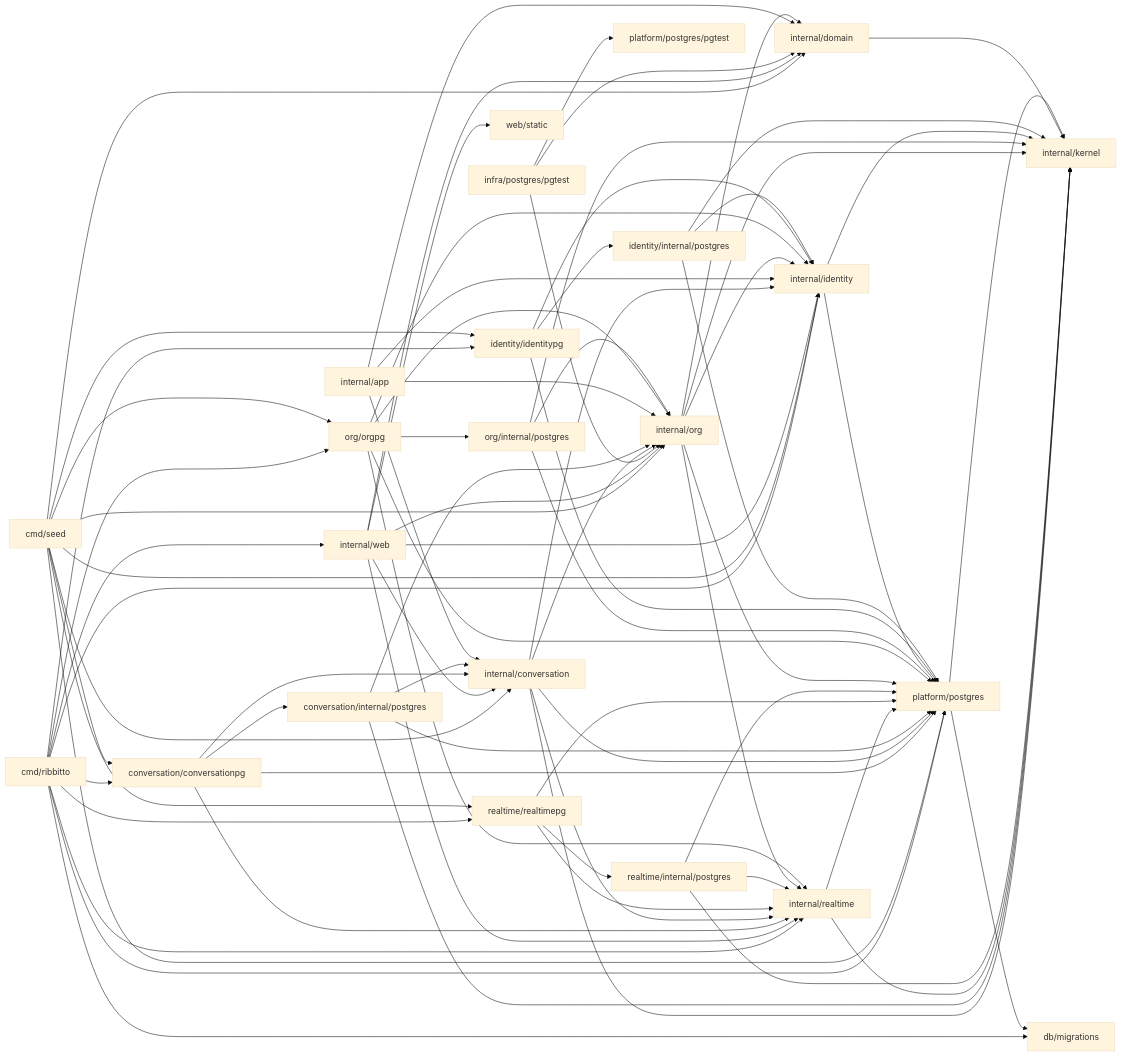
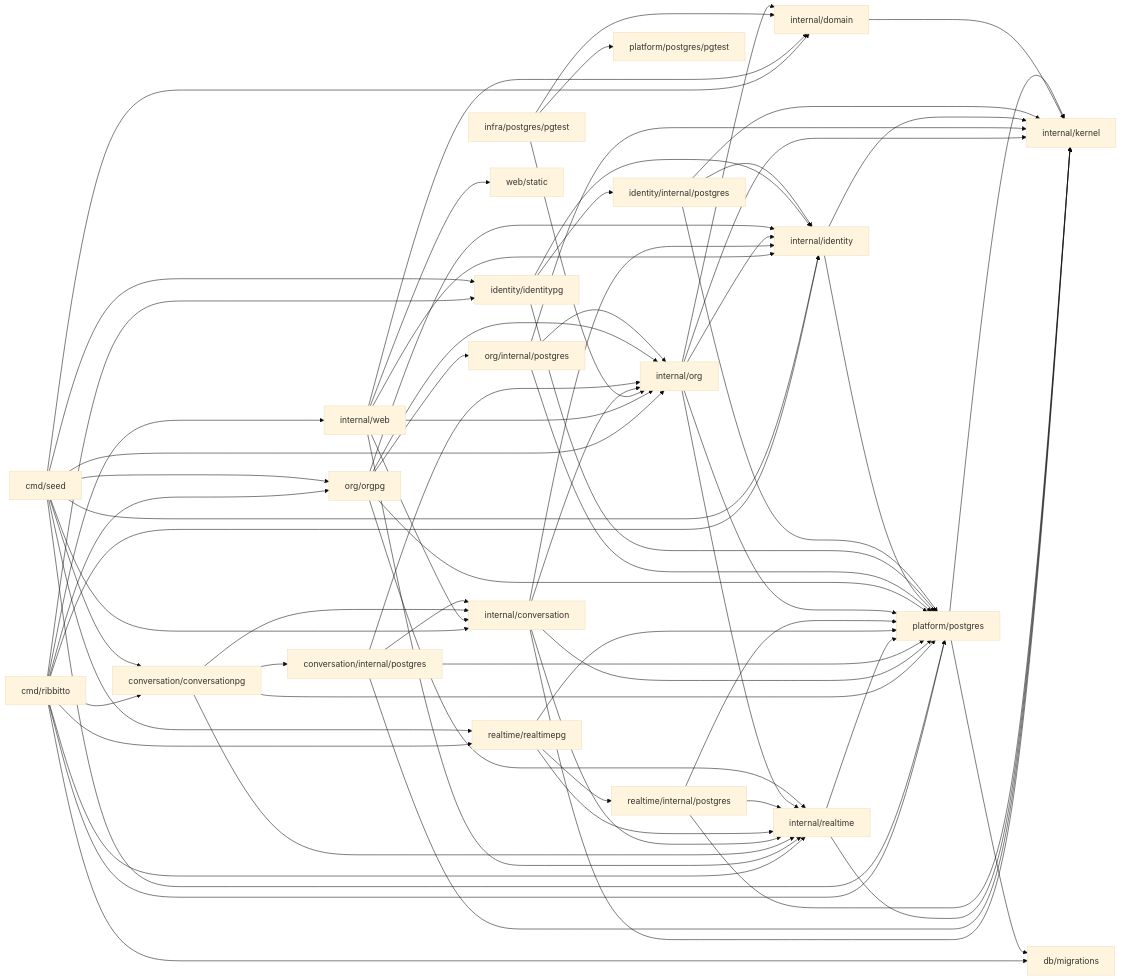
Before and after one commit to tkakkie/ribbitto: the diagram in docs/architecture/packages.md, drawn with Mermaid (base theme). The commit also changed other lines of this file and 13 other files, not shown here.

First line of the commit message:
refactor: delete internal/app and the rules that described it as a layer

````diff
--- a/docs/architecture/packages.md
+++ b/docs/architecture/packages.md
@@ -38,22 +37,21 @@
 ```mermaid
 flowchart LR
   cmd[cmd/ribbitto] --> web & orgpg[org/orgpg] & conversationpg[conversation/conversationpg] & identity & identitypg[identity/identitypg] & realtimepg & realtime & platform[platform/postgres] & migrations[db/migrations]
   seed[cmd/seed] --> conversation & conversationpg & org & orgpg & identity & identitypg & realtimepg & platform & domain
   web[internal/web] --> org & conversation & identity & domain & realtime & static[web/static]
   postgres[infra/postgres/pgtest] --> org & domain & platformpgtest[platform/postgres/pgtest]
   conversationpg --> conversation[internal/conversation] & cstore[conversation/internal/postgres] & realtime & platform
   conversation --> identity & org & realtime & kernel & platform
   cstore --> conversation & org & platform & kernel
   realtime[internal/realtime] --> kernel & platform
   realtimepg[realtime/realtimepg] --> realtime & rstore[realtime/internal/postgres] & platform
   rstore --> realtime & platform & kernel
-  app[internal/app] --> org & conversation & identity & domain[internal/domain]
   org[internal/org] --> identity & realtime & domain & kernel & platform
   orgpg --> org & ostore[org/internal/postgres] & platform & identity & realtime
   ostore --> org & platform & kernel
   identity[internal/identity] --> kernel & platform
   identitypg --> identity & store[identity/internal/postgres] & platform
   store --> identity & platform & kernel
-  domain --> kernel[internal/kernel]
+  domain[internal/domain] --> kernel[internal/kernel]
   platform --> kernel & migrations
 ```
````
